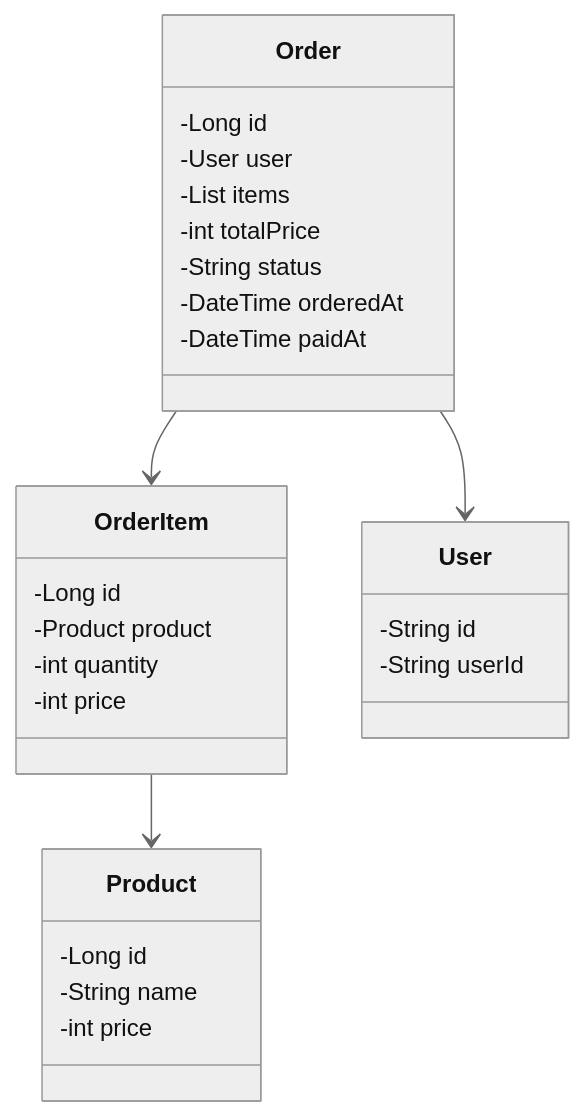
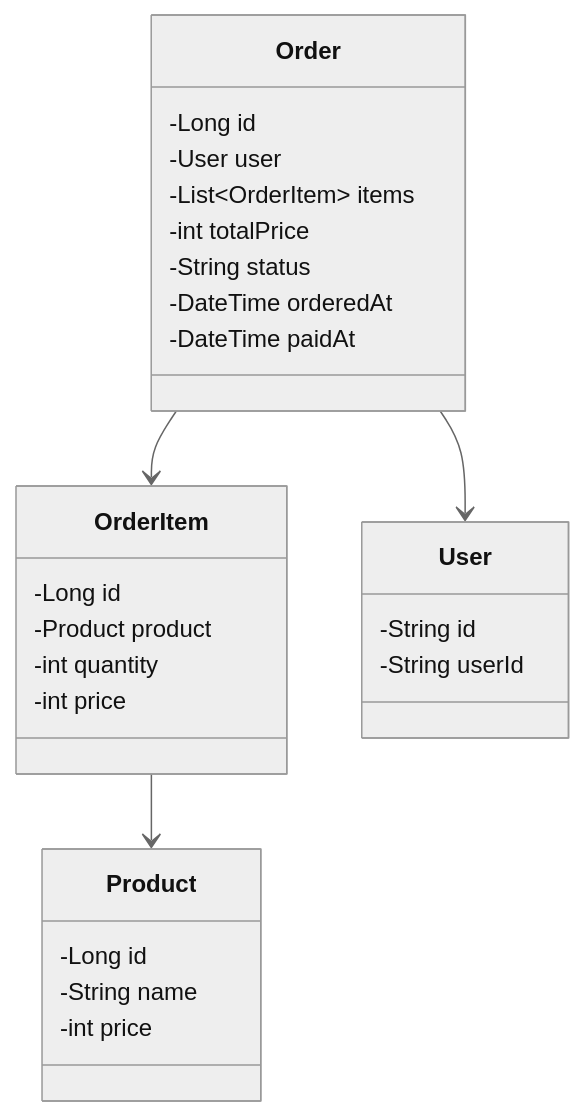
One commit to yuneong/loopers changed the fourth of 5 diagrams in docs/design/03-class-diagrams.md. Above: the diagram before and after it, drawn with Mermaid (neutral theme). The commit also changed other lines of this file, not shown here.

Commit message:
docs: 클래스 다이어그램 수정

````diff
--- a/docs/design/03-class-diagrams.md
+++ b/docs/design/03-class-diagrams.md
@@ -134,35 +134,35 @@
 ```mermaid
 classDiagram
     class Order {
         -Long id
         -User user
-        -List<OrderItem> items 
+        -List&lt;OrderItem&gt; items
         -int totalPrice
         -String status
         -DateTime orderedAt
         -DateTime paidAt
     }
 
     class OrderItem {
         -Long id
         -Product product
         -int quantity
         -int price
     }
 
     class User {
         -String id
         -String userId
     }
 
     class Product {
         -Long id
         -String name
         -int price
     }
 
     %% 관계
     Order --> User
     Order --> OrderItem
     OrderItem --> Product
 ```
````
